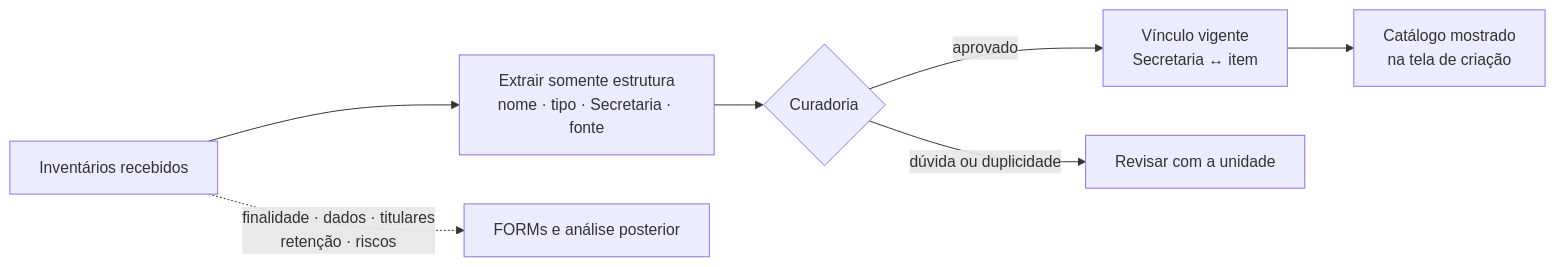
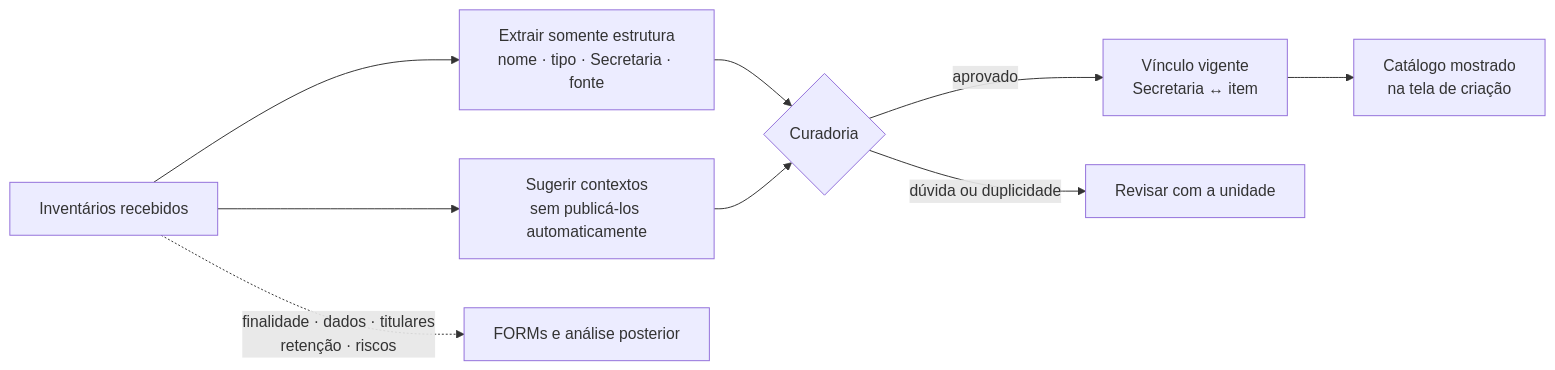
Before and after one commit to ailtonfv/governanca-lgpd-hortolandia: the ninth of 34 diagrams in README.md, drawn with Mermaid. The commit also changed other lines of this file and 12 other files, not shown here.

````diff
--- a/README.md
+++ b/README.md
@@ -230,9 +243,11 @@
 ```mermaid
 flowchart LR
     I["Inventários recebidos"] --> E["Extrair somente estrutura<br/>nome · tipo · Secretaria · fonte"]
+    I --> X["Sugerir contextos<br/>sem publicá-los automaticamente"]
     E --> C{"Curadoria"}
+    X --> C
     C -->|"aprovado"| V["Vínculo vigente<br/>Secretaria ↔ item"]
     C -->|"dúvida ou duplicidade"| R["Revisar com a unidade"]
     V --> T["Catálogo mostrado<br/>na tela de criação"]
     I -. "finalidade · dados · titulares<br/>retenção · riscos" .-> F["FORMs e análise posterior"]
 ```
````
